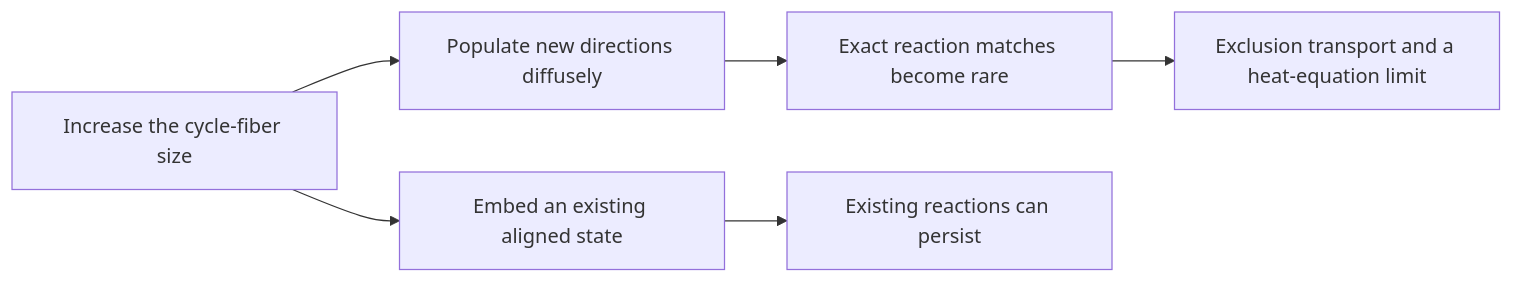
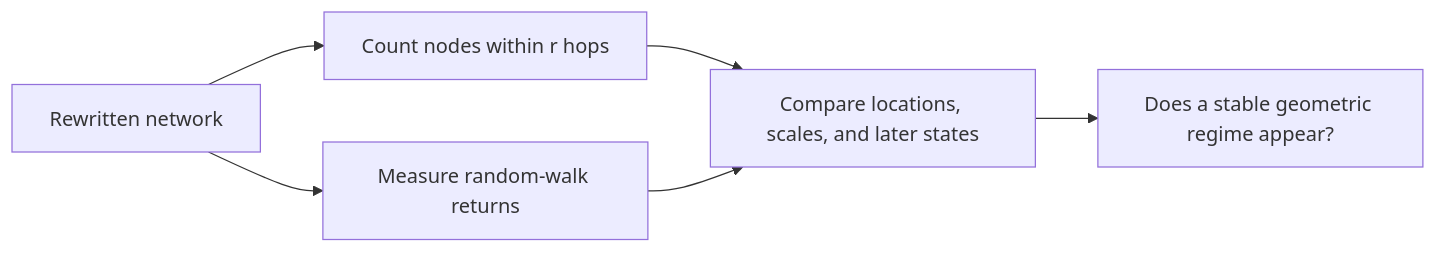
The diagram in README.md (pirate/wolfram-gauge-physics), drawn with Mermaid before and after one commit. The commit also changed other lines of this file and 11 other files, not shown here.

````diff
--- a/README.md
+++ b/README.md
@@ -490,8 +190,8 @@
 ```mermaid
 flowchart LR
-    F["Increase the cycle-fiber size"] --> D["Populate new directions diffusely"]
-    F --> A["Embed an existing aligned state"]
-    D --> R["Exact reaction matches become rare"]
-    R --> H["Exclusion transport and a heat-equation limit"]
-    A --> P["Existing reactions can persist"]
+    N["Rewritten network"] --> B["Count nodes within r hops"]
+    N --> W["Measure random-walk returns"]
+    B --> C["Compare locations, scales, and later states"]
+    W --> C
+    C --> Q["Does a stable geometric regime appear?"]
 ```
````
